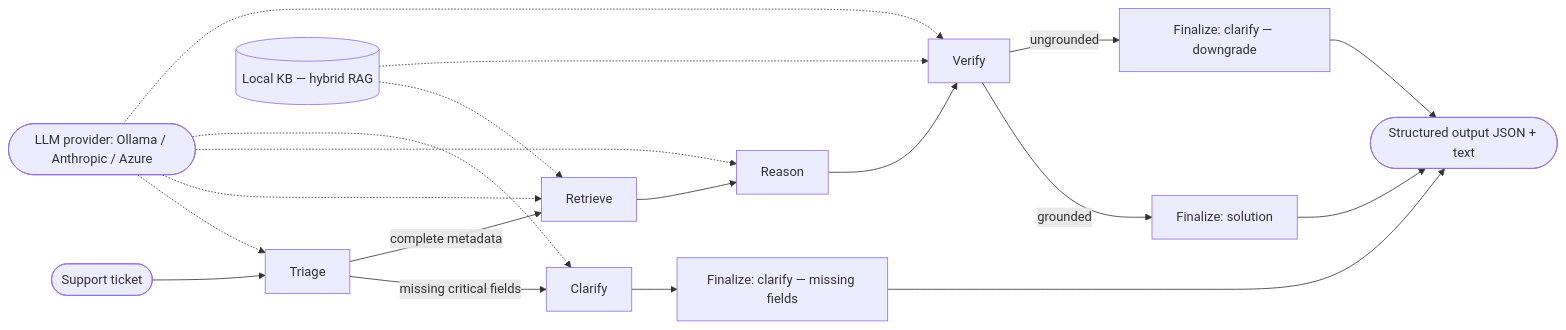
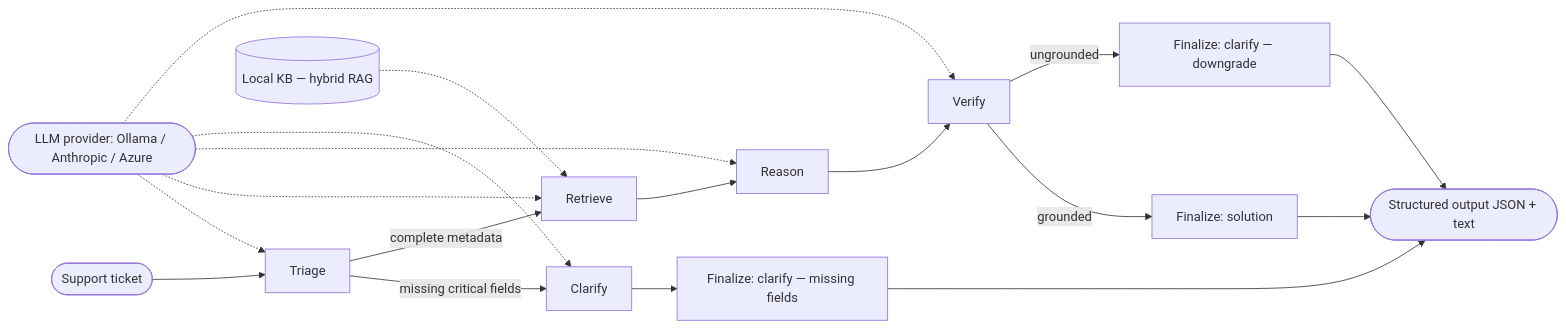
The diagram in README.md (cofade/agentic-ai-challenge), drawn with Mermaid before and after one commit. The commit also changed other lines of this file and 2 other files, not shown here.

````diff
--- a/README.md
+++ b/README.md
@@ -88,21 +88,20 @@
 ```mermaid
 flowchart LR
     Ticket([Support ticket]) --> Triage
     Triage -->|missing critical fields| Clarify
     Triage -->|complete metadata| Retrieve
     Retrieve --> Reason
     Reason --> Verify
     Verify -->|grounded| Solve[Finalize: solution]
     Verify -->|ungrounded| Downgrade[Finalize: clarify — downgrade]
     Clarify --> ClarifyFinal[Finalize: clarify — missing fields]
     Solve --> Output([Structured output JSON + text])
     Downgrade --> Output
     ClarifyFinal --> Output
     KB[(Local KB — hybrid RAG)] -.-> Retrieve
-    KB -.-> Verify
     LLM([LLM provider: Ollama / Anthropic / Azure]) -.-> Triage
     LLM -.-> Retrieve
     LLM -.-> Reason
     LLM -.-> Clarify
     LLM -.-> Verify
 ```
````
